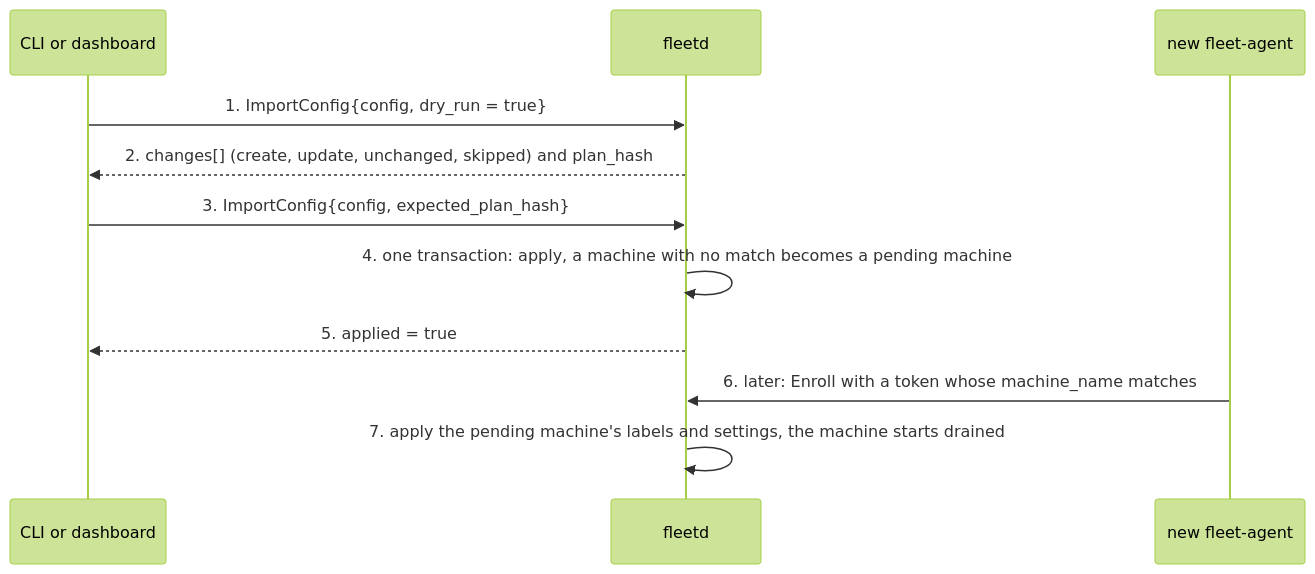
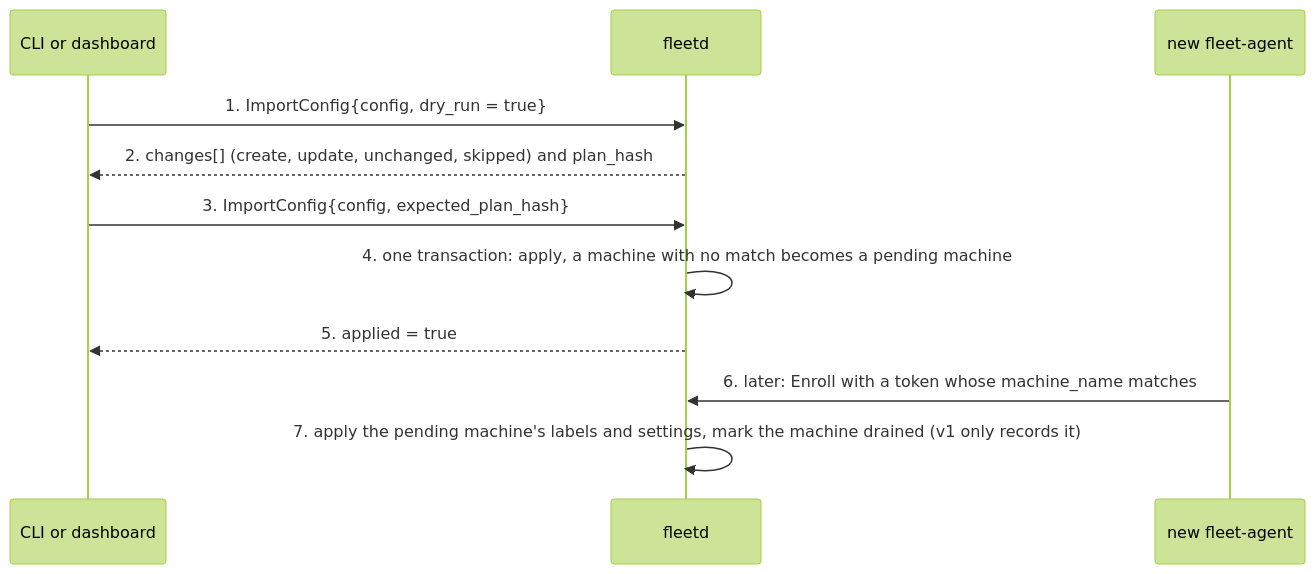
Before and after one commit to linuxdynasty/fleet-board: the third of 3 diagrams in docs/flows/dashboard-hub-agent-6.md, drawn with Mermaid (forest theme). The commit also changed other lines of this file and 72 other files, not shown here.

````diff
--- a/docs/flows/dashboard-hub-agent-6.md
+++ b/docs/flows/dashboard-hub-agent-6.md
@@ -78,13 +78,13 @@
 ```mermaid
 sequenceDiagram
   participant C as CLI or dashboard
   participant H as fleetd
   participant A as new fleet-agent
   C->>H: 1. ImportConfig{config, dry_run = true}
   H-->>C: 2. changes[] (create, update, unchanged, skipped) and plan_hash
   C->>H: 3. ImportConfig{config, expected_plan_hash}
   H->>H: 4. one transaction: apply, a machine with no match becomes a pending machine
   H-->>C: 5. applied = true
   A->>H: 6. later: Enroll with a token whose machine_name matches
-  H->>H: 7. apply the pending machine's labels and settings, the machine starts drained
+  H->>H: 7. apply the pending machine's labels and settings, mark the machine drained (v1 only records it)
 ```
````
